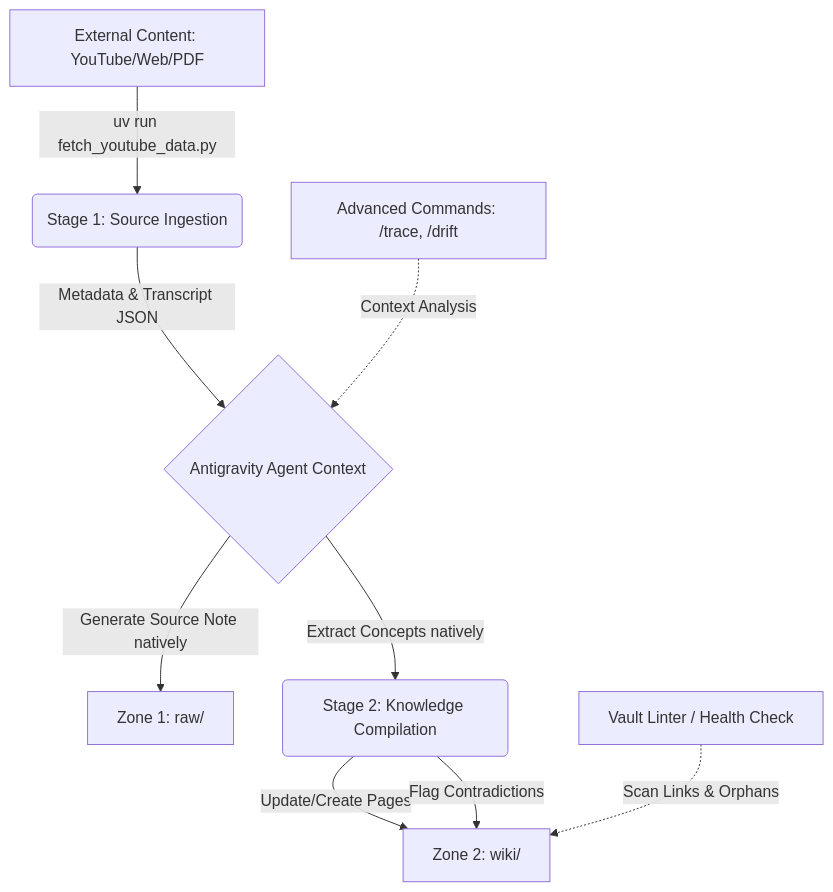
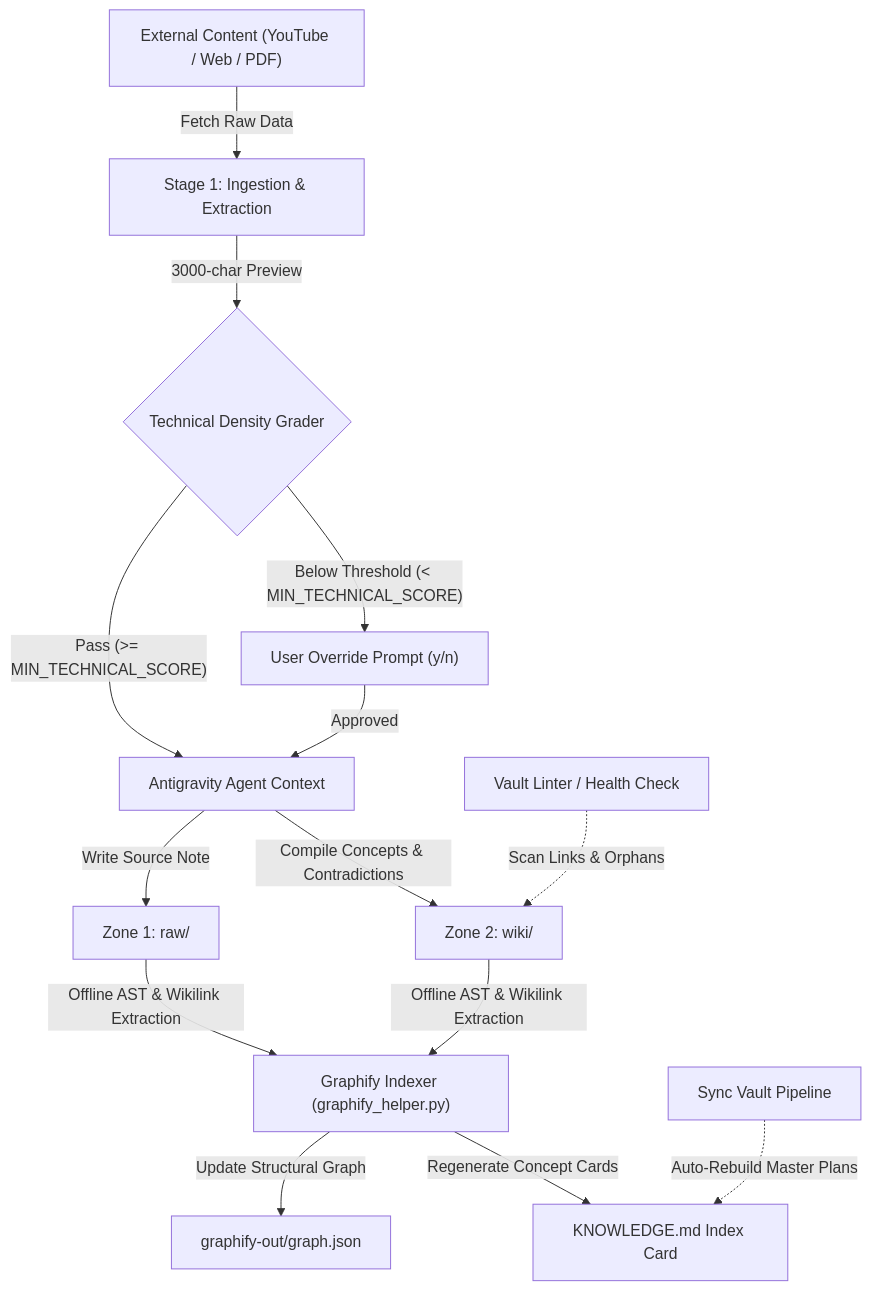
Before and after one commit to c-ibarra/ObsidianKnowledgeCurator: the diagram in README.md, drawn with Mermaid. The commit also changed other lines of this file and 66 other files, not shown here.

Commit message:
feat: implement technical density grader, generic skill factory, offline graphify indexer, and updated portfolio documentation

````diff
--- a/README.md
+++ b/README.md
@@ -150,12 +75,19 @@
 ```mermaid
-graph TD;
-    A[External Content: YouTube/Web/PDF] -->|uv run fetch_youtube_data.py| B(Stage 1: Source Ingestion)
-    B -->|Metadata & Transcript JSON| C{Antigravity Agent Context}
-    C -->|Generate Source Note natively| D[Zone 1: raw/]
-    C -->|Extract Concepts natively| E(Stage 2: Knowledge Compilation)
-    E -->|Update/Create Pages| F[Zone 2: wiki/]
-    E -->|Flag Contradictions| F
+flowchart TD
+    A["External Content (YouTube / Web / PDF)"] -->|Fetch Raw Data| B["Stage 1: Ingestion & Extraction"]
+    B -->|3000-char Preview| C{"Technical Density Grader"}
+    C -->|"Below Threshold (< MIN_TECHNICAL_SCORE)"| D["User Override Prompt (y/n)"]
+    C -->|"Pass (>= MIN_TECHNICAL_SCORE)"| E["Antigravity Agent Context"]
+    D -->|Approved| E
     
-    G[Vault Linter / Health Check] -.->|Scan Links & Orphans| F
-    H[Advanced Commands: /trace, /drift] -.->|Context Analysis| C
+    E -->|Write Source Note| F["Zone 1: raw/"]
+    E -->|Compile Concepts & Contradictions| G["Zone 2: wiki/"]
+    
+    F -->|Offline AST & Wikilink Extraction| H["Graphify Indexer (graphify_helper.py)"]
+    G -->|Offline AST & Wikilink Extraction| H
+    H -->|Update Structural Graph| I["graphify-out/graph.json"]
+    H -->|Regenerate Concept Cards| J["KNOWLEDGE.md Index Card"]
+    
+    K["Vault Linter / Health Check"] -.->|Scan Links & Orphans| G
+    L["Sync Vault Pipeline"] -.->|Auto-Rebuild Master Plans| J
 ```
````
